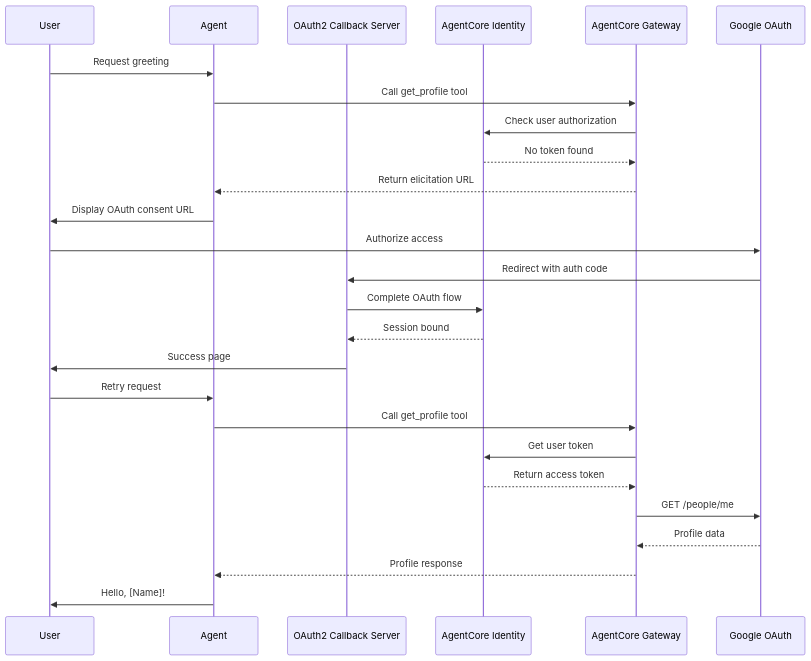
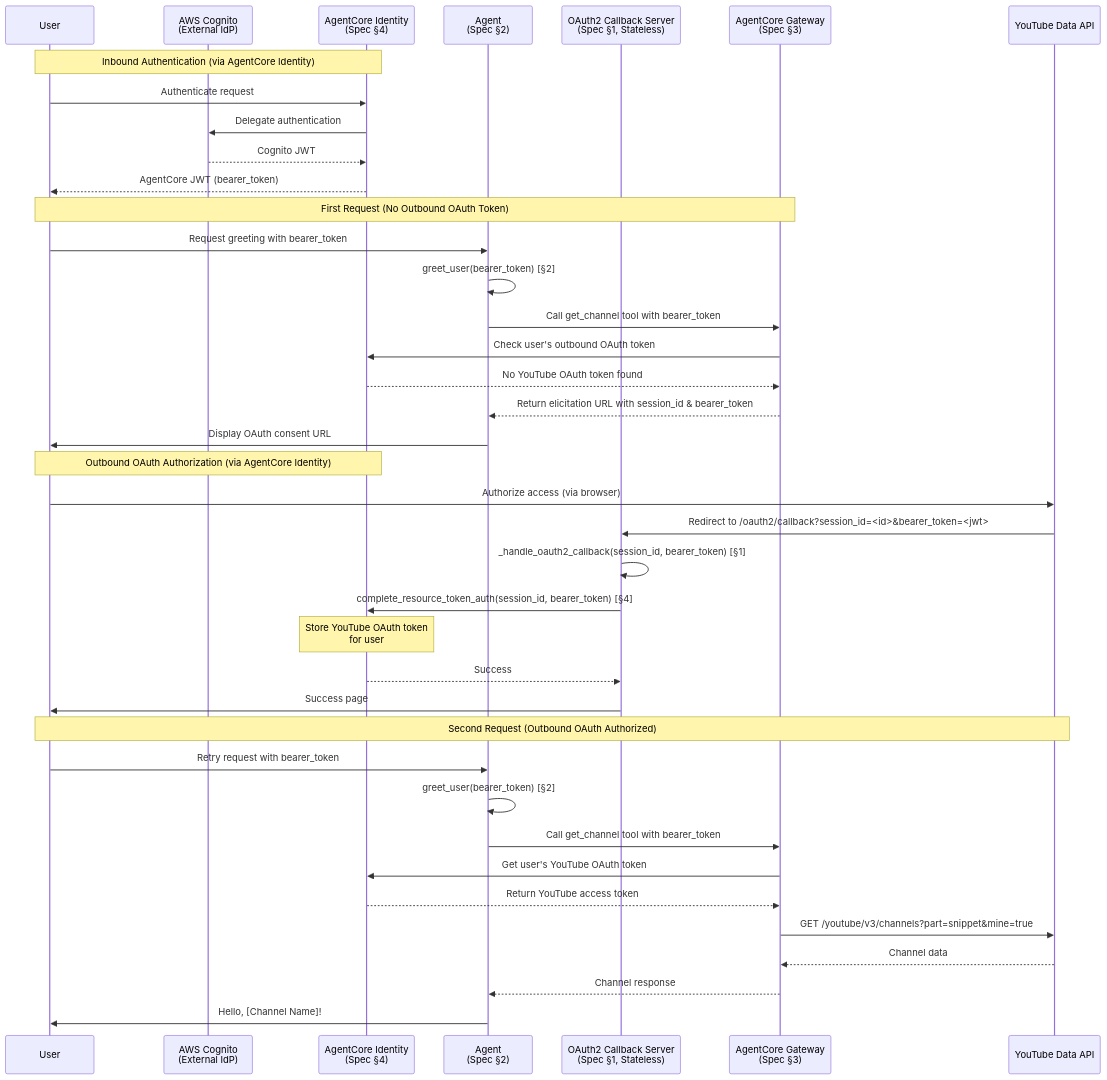
Before and after one commit to icoxfog417/agentcore-in-action: the diagram in say-hello-to-authorized-customer/README.md, drawn with Mermaid. The commit also changed other lines of this file and 11 other files, not shown here.

````diff
--- a/say-hello-to-authorized-customer/README.md
+++ b/say-hello-to-authorized-customer/README.md
@@ -40,29 +41,45 @@
 ```mermaid
 sequenceDiagram
     participant User
-    participant Agent
-    participant OAuth2Server as OAuth2 Callback Server
-    participant Identity as AgentCore Identity
-    participant Gateway as AgentCore Gateway
-    participant Google as Google OAuth
+    participant Cognito as AWS Cognito<br/>(External IdP)
+    participant Identity as AgentCore Identity<br/>(Spec §4)
+    participant Agent as Agent<br/>(Spec §2)
+    participant OAuth2Server as OAuth2 Callback Server<br/>(Spec §1, Stateless)
+    participant Gateway as AgentCore Gateway<br/>(Spec §3)
+    participant YouTube as YouTube Data API
 
-    User->>Agent: Request greeting
-    Agent->>Gateway: Call get_profile tool
-    Gateway->>Identity: Check user authorization
-    Identity-->>Gateway: No token found
-    Gateway-->>Agent: Return elicitation URL
+    Note over User,Identity: Inbound Authentication (via AgentCore Identity)
+    User->>Identity: Authenticate request
+    Identity->>Cognito: Delegate authentication
+    Cognito-->>Identity: Cognito JWT
+    Identity-->>User: AgentCore JWT (bearer_token)
+    
+    Note over User,Gateway: First Request (No Outbound OAuth Token)
+    User->>Agent: Request greeting with bearer_token
+    Agent->>Agent: greet_user(bearer_token) [§2]
+    Agent->>Gateway: Call get_channel tool with bearer_token
+    Gateway->>Identity: Check user's outbound OAuth token
+    Identity-->>Gateway: No YouTube OAuth token found
+    Gateway-->>Agent: Return elicitation URL with session_id & bearer_token
     Agent->>User: Display OAuth consent URL
-    User->>Google: Authorize access
-    Google->>OAuth2Server: Redirect with auth code
-    OAuth2Server->>Identity: Complete OAuth flow
-    Identity-->>OAuth2Server: Session bound
+    
+    Note over User,Identity: Outbound OAuth Authorization (via AgentCore Identity)
+    User->>YouTube: Authorize access (via browser)
+    YouTube->>OAuth2Server: Redirect to /oauth2/callback?session_id=<id>&bearer_token=<jwt>
+    OAuth2Server->>OAuth2Server: _handle_oauth2_callback(session_id, bearer_token) [§1]
+    OAuth2Server->>Identity: complete_resource_token_auth(session_id, bearer_token) [§4]
+    Note over Identity: Store YouTube OAuth token<br/>for user
+    Identity-->>OAuth2Server: Success
     OAuth2Server->>User: Success page
-    User->>Agent: Retry request
-    Agent->>Gateway: Call get_profile tool
-    Gateway->>Identity: Get user token
-    Identity-->>Gateway: Return access token
-    Gateway->>Google: GET /people/me
-    Google-->>Gateway: Profile data
-    Gateway-->>Agent: Profile response
-    Agent->>User: Hello, [Name]!
+    
+    Note over User,YouTube: Second Request (Outbound OAuth Authorized)
+    User->>Agent: Retry request with bearer_token
+    Agent->>Agent: greet_user(bearer_token) [§2]
+    Agent->>Gateway: Call get_channel tool with bearer_token
+    Gateway->>Identity: Get user's YouTube OAuth token
+    Identity-->>Gateway: Return YouTube access token
+    Gateway->>YouTube: GET /youtube/v3/channels?part=snippet&mine=true
+    YouTube-->>Gateway: Channel data
+    Gateway-->>Agent: Channel response
+    Agent->>User: Hello, [Channel Name]!
 ```
````
